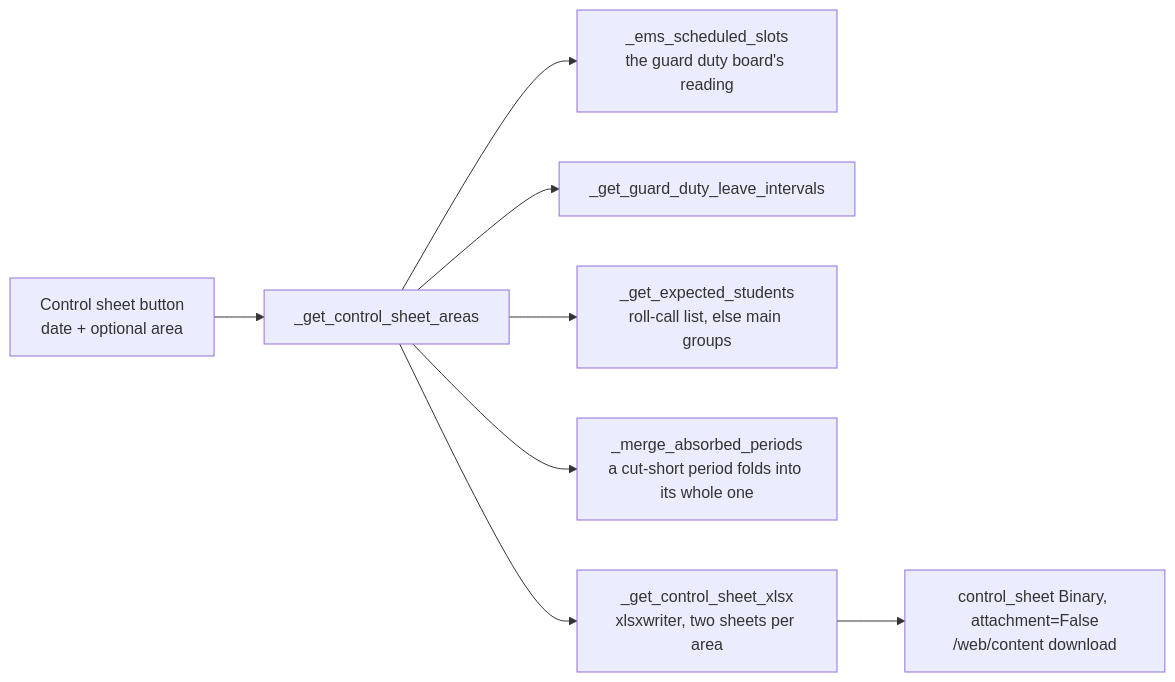
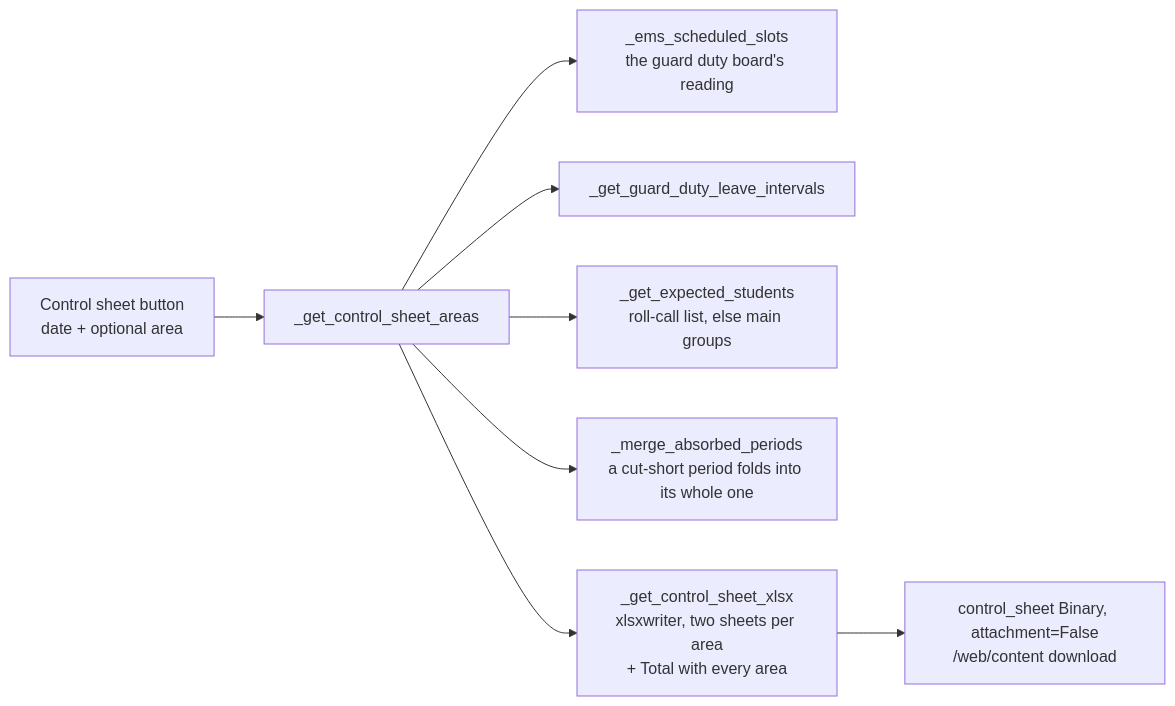
One commit to ElPuig/EMS changed the ninth of 12 diagrams in docs/en/developers/employees/absence.md. Above: the diagram before and after it, drawn with Mermaid. The commit also changed other lines of this file and 8 other files, not shown here.

Commit message:
Staff walkouts control sheet: cumulative figures heading and a Total sheet for every area (#865)

````diff
--- a/docs/en/developers/employees/absence.md
+++ b/docs/en/developers/employees/absence.md
@@ -1309,10 +1309,10 @@
 ```mermaid
 flowchart LR
     B[Control sheet button<br/>date + optional area] --> A[_get_control_sheet_areas]
     A --> S[_ems_scheduled_slots<br/>the guard duty board's reading]
     A --> L[_get_guard_duty_leave_intervals]
     A --> E[_get_expected_students<br/>roll-call list, else main groups]
     A --> M[_merge_absorbed_periods<br/>a cut-short period folds into its whole one]
-    A --> X[_get_control_sheet_xlsx<br/>xlsxwriter, two sheets per area]
+    A --> X[_get_control_sheet_xlsx<br/>xlsxwriter, two sheets per area<br/>+ Total with every area]
     X --> F[control_sheet Binary, attachment=False<br/>/web/content download]
 ```
````
